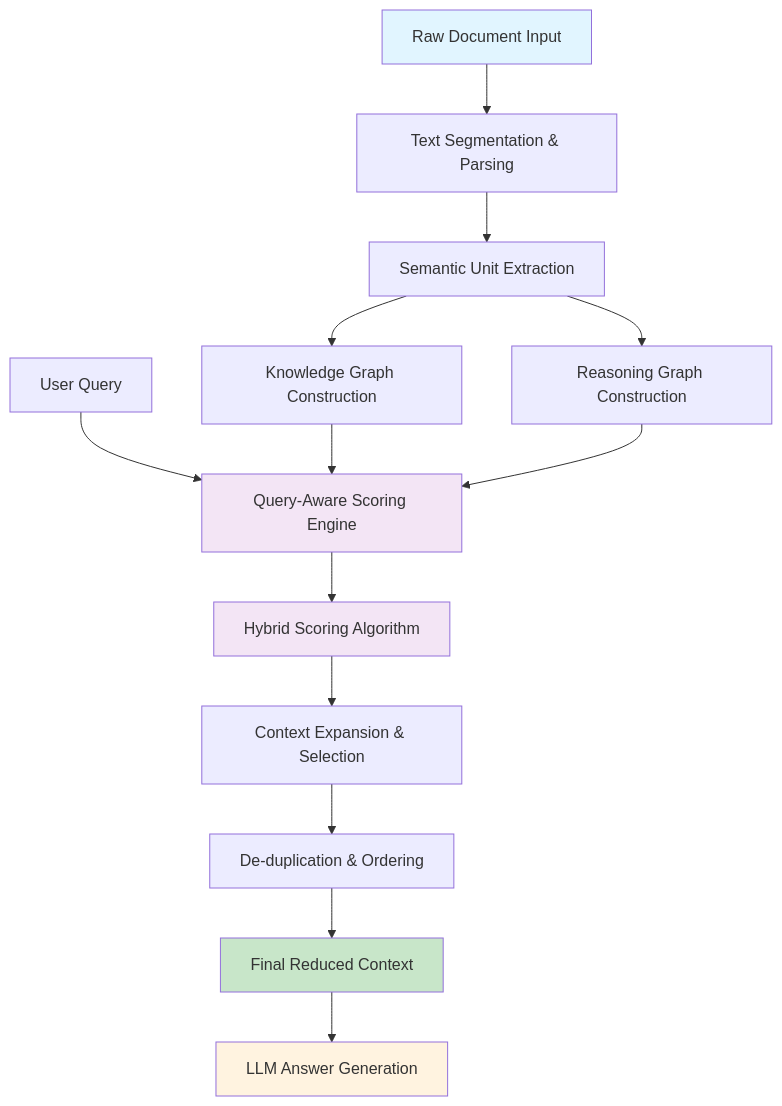
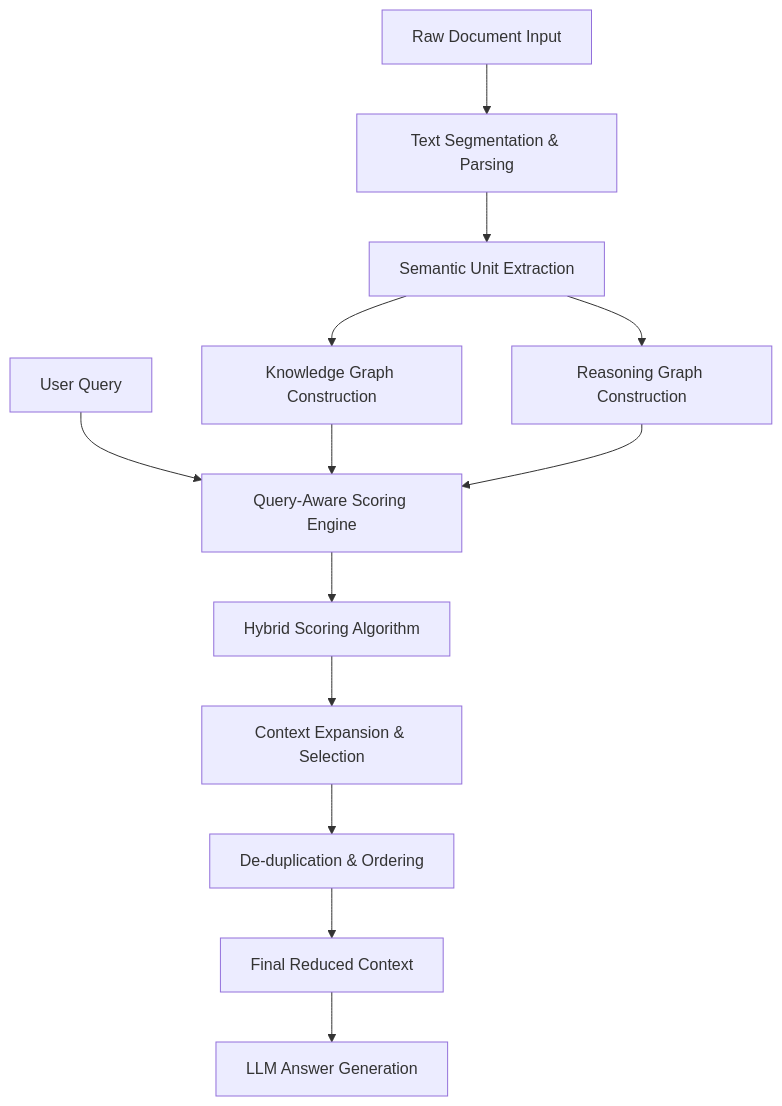
One commit to aparajithguha/Sentence_Level_Context_Reduction_Engine changed the first of 2 diagrams in README.md. Above: the diagram before and after it, drawn with Mermaid. The commit also changed other lines of this file, not shown here.

````diff
--- a/README.md
+++ b/README.md
@@ -34,34 +34,30 @@
 ```mermaid
 graph TB
     A[Raw Document Input]
     B[Text Segmentation & Parsing]
     C[Semantic Unit Extraction]
     D[Knowledge Graph Construction]
     E[Reasoning Graph Construction]
     F[User Query]
     G[Query-Aware Scoring Engine]
     H[Hybrid Scoring Algorithm]
     I[Context Expansion & Selection]
     J[De-duplication & Ordering]
     K[Final Reduced Context]
     L[LLM Answer Generation]
     
     A --> B
     B --> C
     C --> D
     C --> E
     F --> G
     D --> G
     E --> G
     G --> H
     H --> I
     I --> J
     J --> K
     K --> L
     
-    style A fill:#e1f5ff
-    style K fill:#c8e6c9
-    style L fill:#fff3e0
-    style G fill:#f3e5f5
-    style H fill:#f3e5f5
+    
 ```
````
